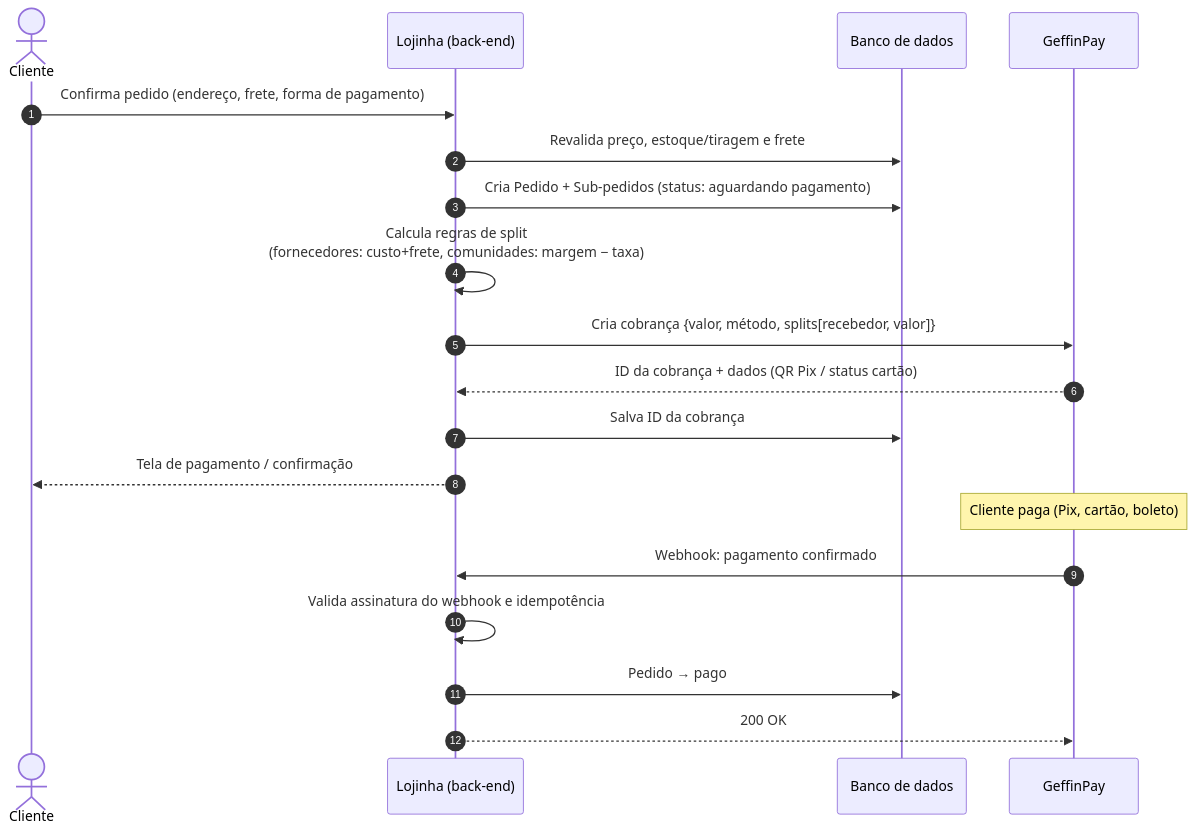
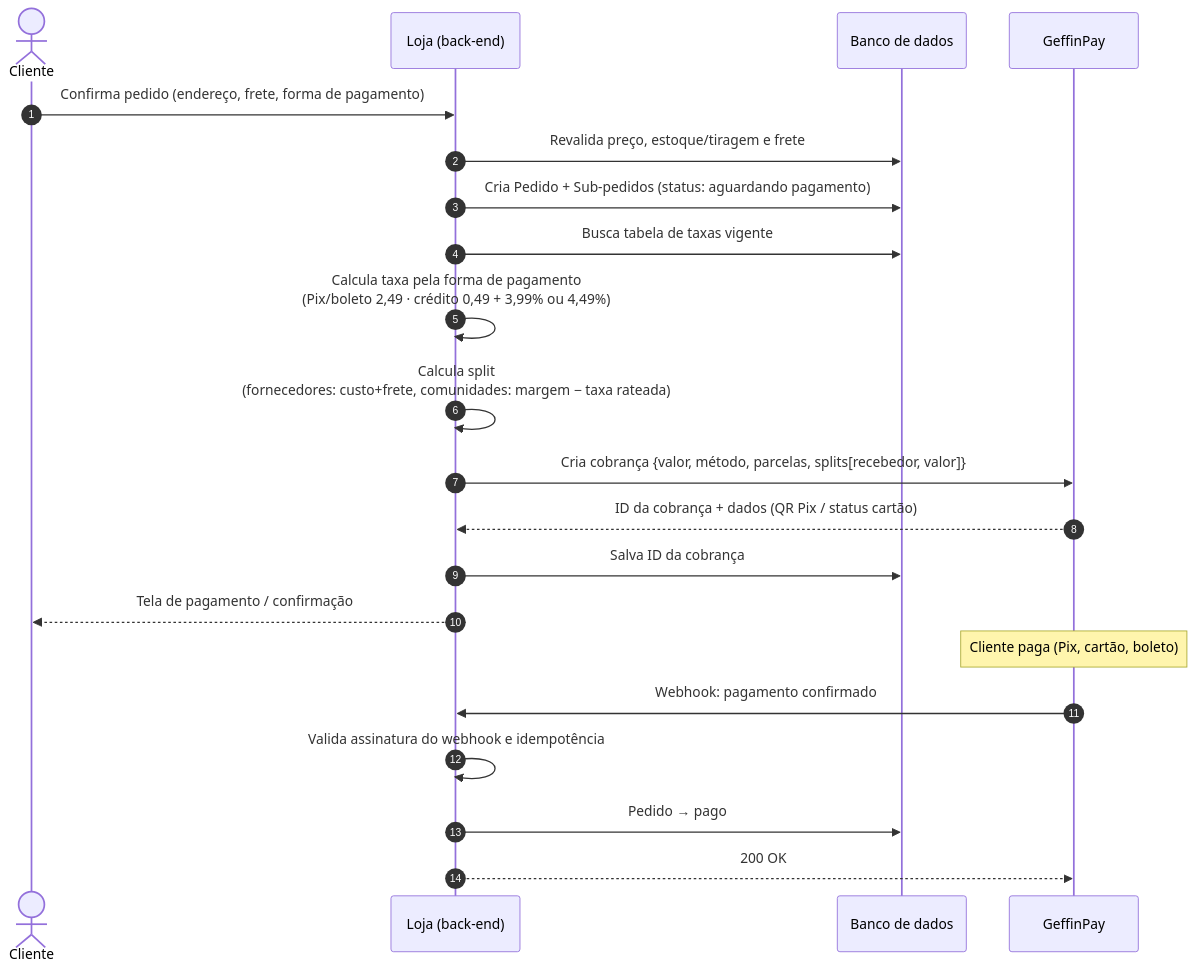
Before and after one commit to BdsOliveira/loja-tech-brasil: diagram 14 of 23 in modelo-de-negocios.md, drawn with Mermaid. The commit also changed other lines of this file, not shown here.

````diff
--- a/modelo-de-negocios.md
+++ b/modelo-de-negocios.md
@@ -368,24 +514,26 @@
 ```mermaid
 sequenceDiagram
     autonumber
     actor Cliente
-    participant Loja as Lojinha (back-end)
+    participant Loja as Loja (back-end)
     participant DB as Banco de dados
     participant GEF as GeffinPay
 
     Cliente->>Loja: Confirma pedido (endereço, frete, forma de pagamento)
     Loja->>DB: Revalida preço, estoque/tiragem e frete
     Loja->>DB: Cria Pedido + Sub-pedidos (status: aguardando pagamento)
-    Loja->>Loja: Calcula regras de split<br/>(fornecedores: custo+frete, comunidades: margem − taxa)
-    Loja->>GEF: Cria cobrança {valor, método, splits[recebedor, valor]}
+    Loja->>DB: Busca tabela de taxas vigente
+    Loja->>Loja: Calcula taxa pela forma de pagamento<br/>(Pix/boleto 2,49 · crédito 0,49 + 3,99% ou 4,49%)
+    Loja->>Loja: Calcula split<br/>(fornecedores: custo+frete, comunidades: margem − taxa rateada)
+    Loja->>GEF: Cria cobrança {valor, método, parcelas, splits[recebedor, valor]}
     GEF-->>Loja: ID da cobrança + dados (QR Pix / status cartão)
     Loja->>DB: Salva ID da cobrança
     Loja-->>Cliente: Tela de pagamento / confirmação
 
     Note over GEF: Cliente paga (Pix, cartão, boleto)
 
     GEF->>Loja: Webhook: pagamento confirmado
     Loja->>Loja: Valida assinatura do webhook e idempotência
     Loja->>DB: Pedido → pago
     Loja-->>GEF: 200 OK
 ```
````
